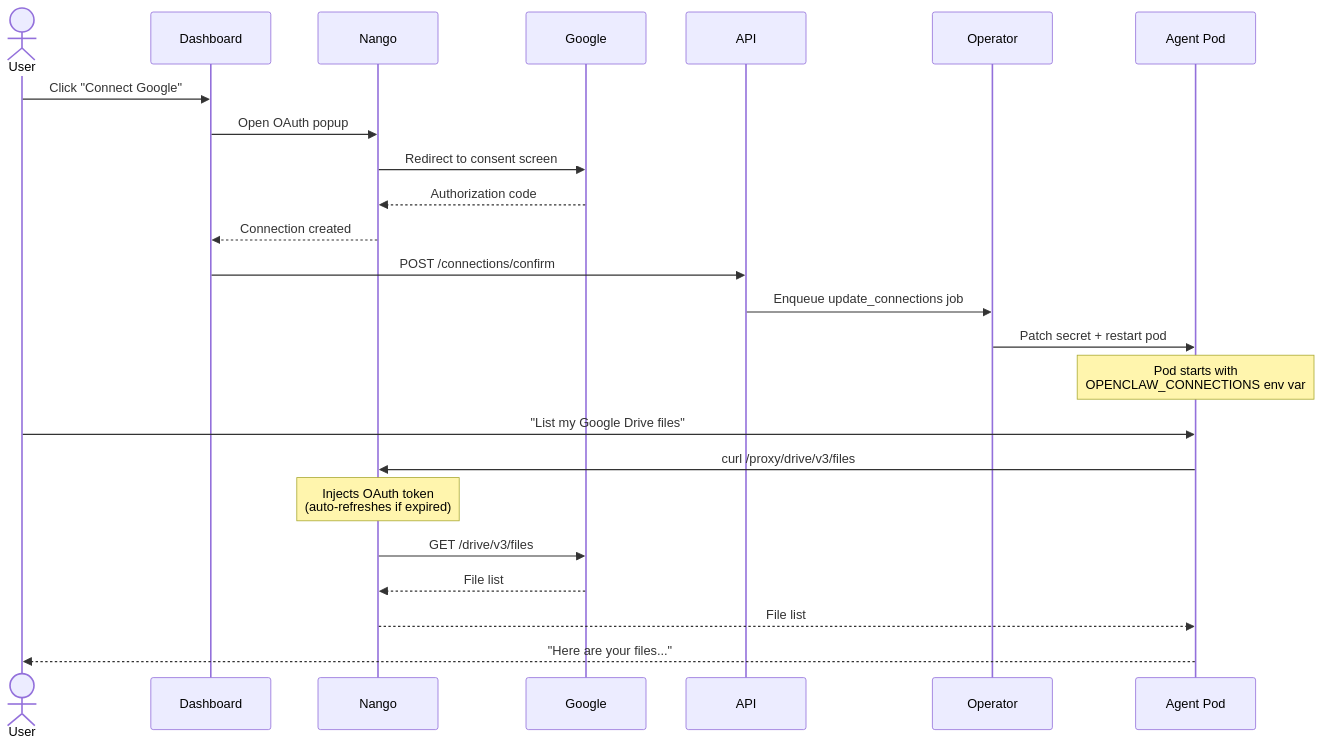
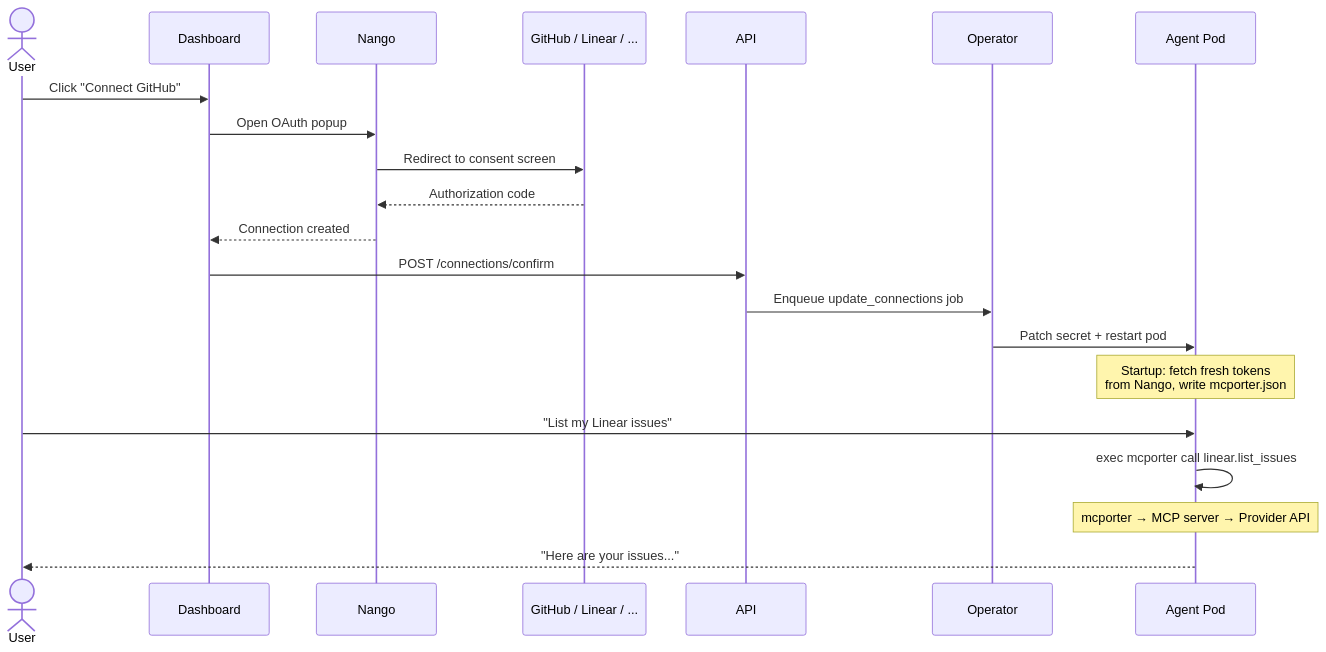
Before and after one commit to andreabadesso/openclaw-cloud: the second of 2 diagrams in README.md, drawn with Mermaid. The commit also changed other lines of this file, not shown here.

Commit message:
docs: rewrite README with full architecture, MCP integration, and project structure

````diff
--- a/README.md
+++ b/README.md
@@ -58,30 +88,27 @@
 ```mermaid
 sequenceDiagram
   actor User
   participant Dashboard
   participant Nango
-  participant Google
+  participant Provider as GitHub / Linear / ...
   participant API
   participant Operator
   participant Agent as Agent Pod
 
-  User->>Dashboard: Click "Connect Google"
+  User->>Dashboard: Click "Connect GitHub"
   Dashboard->>Nango: Open OAuth popup
-  Nango->>Google: Redirect to consent screen
-  Google-->>Nango: Authorization code
+  Nango->>Provider: Redirect to consent screen
+  Provider-->>Nango: Authorization code
   Nango-->>Dashboard: Connection created
 
   Dashboard->>API: POST /connections/confirm
   API->>Operator: Enqueue update_connections job
   Operator->>Agent: Patch secret + restart pod
 
-  Note over Agent: Pod starts with<br/>OPENCLAW_CONNECTIONS env var
+  Note over Agent: Startup: fetch fresh tokens<br/>from Nango, write mcporter.json
 
-  User->>Agent: "List my Google Drive files"
-  Agent->>Nango: curl /proxy/drive/v3/files
-  Note over Nango: Injects OAuth token<br/>(auto-refreshes if expired)
-  Nango->>Google: GET /drive/v3/files
-  Google-->>Nango: File list
-  Nango-->>Agent: File list
-  Agent-->>User: "Here are your files..."
+  User->>Agent: "List my Linear issues"
+  Agent->>Agent: exec mcporter call linear.list_issues
+  Note over Agent: mcporter → MCP server → Provider API
+  Agent-->>User: "Here are your issues..."
 ```
````
